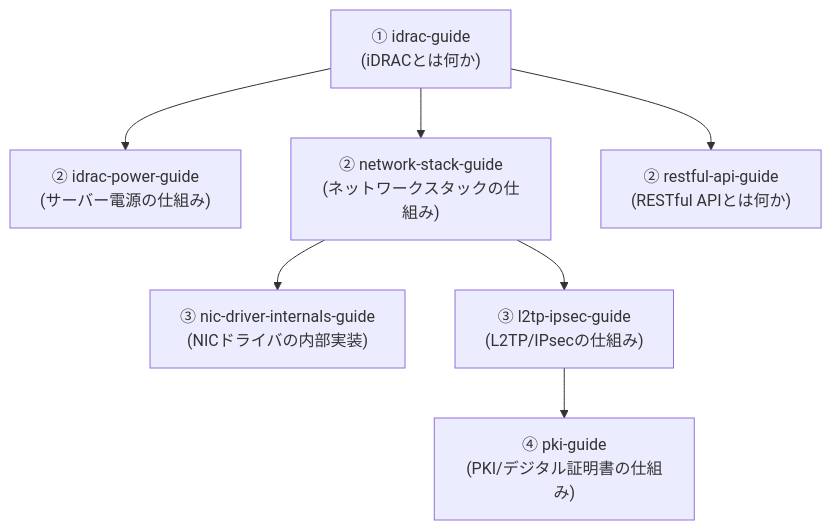
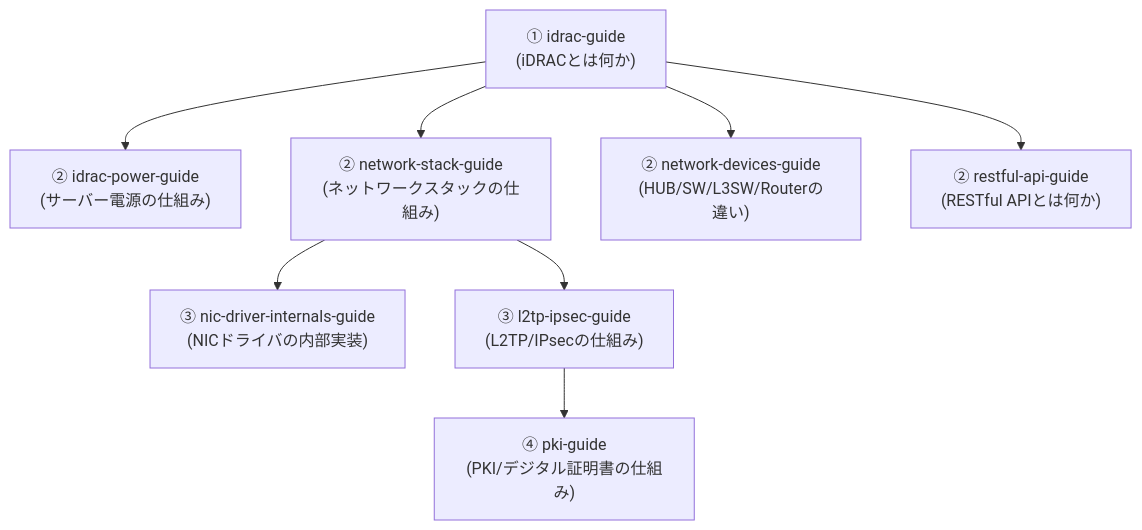
The diagram in src/pages/sitemap.md (koikoi1998/koikoi-blog-20260723), drawn with Mermaid before and after one commit. The commit also changed other lines of this file and 1 other file, not shown here.

Commit message:
HUB/SW/L3SW/Routerの違いを解説する記事を追加
OSI階層(L1/L2/L3)と転送方式(MACアドレス表・VLAN・STP・ASIC/TCAMによる
ハードウェア転送)を軸に、HUB・スイッチ(L2SW)・L3SW・ルーターの
使い分けを整理するネットワーク基礎シリーズの新記事。

````diff
--- a/src/pages/sitemap.md
+++ b/src/pages/sitemap.md
@@ -20,17 +20,19 @@
 ```mermaid
 graph TB
     Idrac["① idrac-guide<br/>(iDRACとは何か)"]
     Power["② idrac-power-guide<br/>(サーバー電源の仕組み)"]
     Net["② network-stack-guide<br/>(ネットワークスタックの仕組み)"]
+    Devices["② network-devices-guide<br/>(HUB/SW/L3SW/Routerの違い)"]
     Api["② restful-api-guide<br/>(RESTful APIとは何か)"]
     Nic["③ nic-driver-internals-guide<br/>(NICドライバの内部実装)"]
     L2tp["③ l2tp-ipsec-guide<br/>(L2TP/IPsecの仕組み)"]
     Pki["④ pki-guide<br/>(PKI/デジタル証明書の仕組み)"]
 
     Idrac --> Power
     Idrac --> Net
+    Idrac --> Devices
     Idrac --> Api
     Net --> Nic
     Net --> L2tp
     L2tp --> Pki
 ```
````
